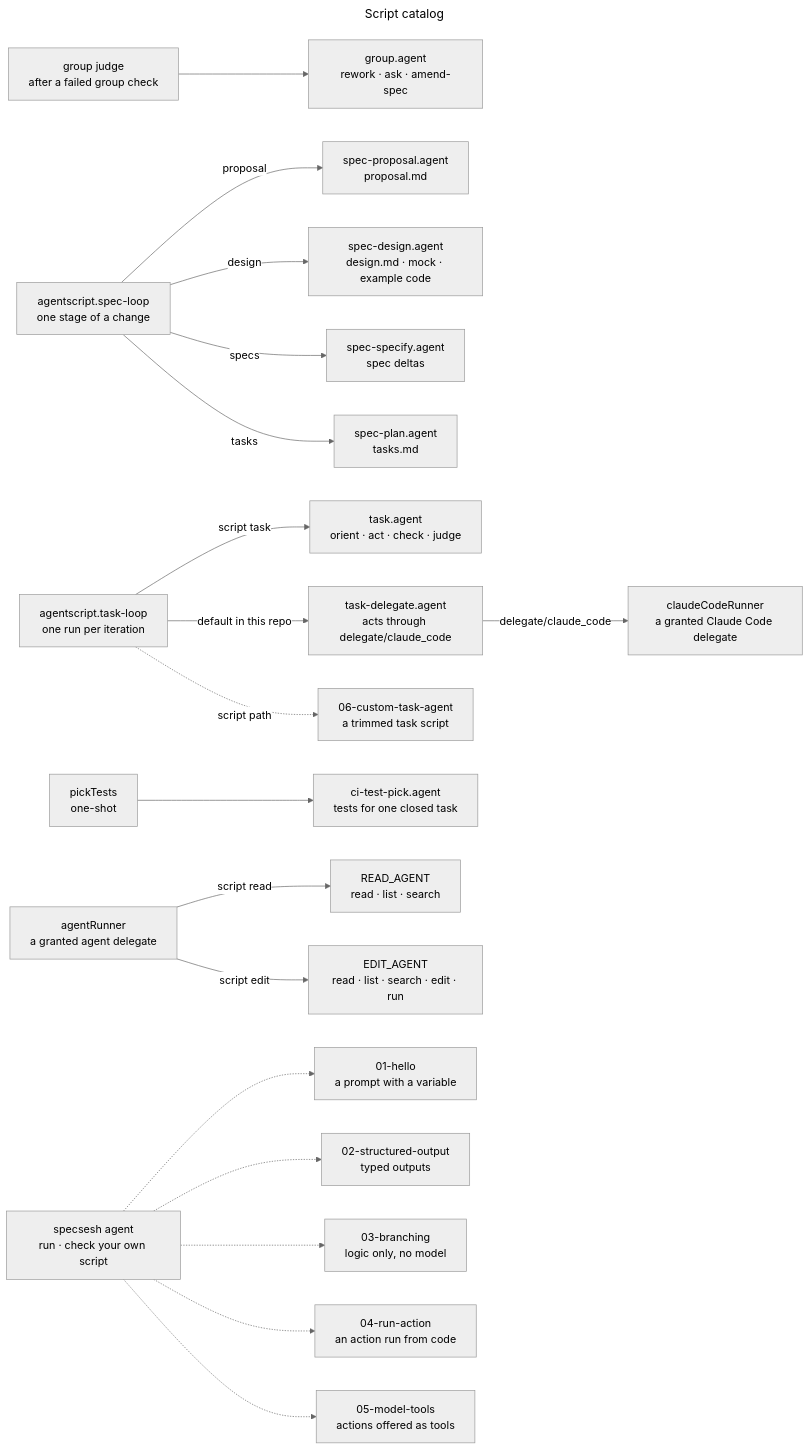
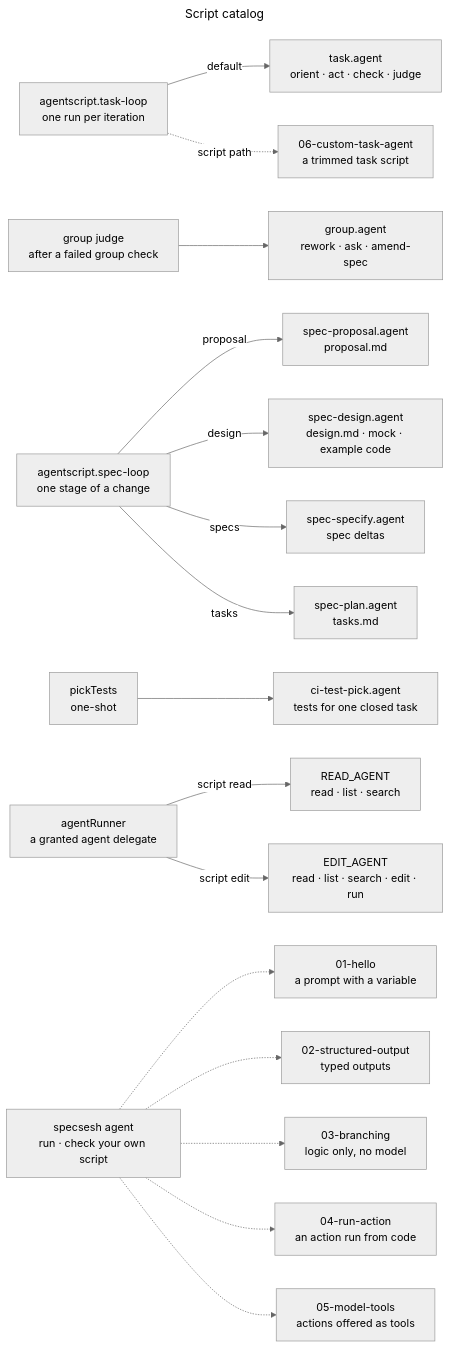
One commit to jtaylorcpp/specsesh-agent changed the diagram in blueprint/script-catalog.mmd. Above: the diagram before and after it, drawn with Mermaid (neutral theme). The commit also changed 56 other files, not shown here.

First line of the commit message:
remove-claude-code-delegate: Claude Code is model access only

```diff
--- a/blueprint/script-catalog.mmd
+++ b/blueprint/script-catalog.mmd
@@ -1,69 +1,63 @@
 ---
 title: Script catalog
 ---
 flowchart LR
   taskloop[agentscript.task-loop<br/>one run per iteration]
   grouploop[group judge<br/>after a failed group check]
   specloop[agentscript.spec-loop<br/>one stage of a change]
   pick[pickTests<br/>one-shot]
   agentrunner[agentRunner<br/>a granted agent delegate]
-  ccrunner[claudeCodeRunner<br/>a granted Claude Code delegate]
   agentcli[specsesh agent<br/>run · check your own script]
   task[task.agent<br/>orient · act · check · judge]
-  taskdelegate[task-delegate.agent<br/>acts through delegate/claude_code]
   group[group.agent<br/>rework · ask · amend-spec]
   proposal[spec-proposal.agent<br/>proposal.md]
   design[spec-design.agent<br/>design.md · mock · example code]
   specify[spec-specify.agent<br/>spec deltas]
   plan[spec-plan.agent<br/>tasks.md]
   cipick[ci-test-pick.agent<br/>tests for one closed task]
   read[READ_AGENT<br/>read · list · search]
   edit[EDIT_AGENT<br/>read · list · search · edit · run]
   ex01[01-hello<br/>a prompt with a variable]
   ex02[02-structured-output<br/>typed outputs]
   ex03[03-branching<br/>logic only, no model]
   ex04[04-run-action<br/>an action run from code]
   ex05[05-model-tools<br/>actions offered as tools]
   ex06[06-custom-task-agent<br/>a trimmed task script]
 
-  taskloop -->|script task| task
-  taskloop -->|default in this repo| taskdelegate
+  taskloop -->|default| task
   taskloop -.->|script path| ex06
-  taskdelegate -->|delegate/claude_code| ccrunner
   grouploop --> group
   specloop -->|proposal| proposal
   specloop -->|design| design
   specloop -->|specs| specify
   specloop -->|tasks| plan
   pick --> cipick
   agentrunner -->|script read| read
   agentrunner -->|script edit| edit
   agentcli -.-> ex01
   agentcli -.-> ex02
   agentcli -.-> ex03
   agentcli -.-> ex04
   agentcli -.-> ex05
 
   %% code: taskloop packages/agent/src/task/loop.ts:218
   %% code: grouploop packages/agent/src/task/group.ts:705
   %% code: specloop packages/agent/src/task/spec-loop.ts:416
   %% code: pick packages/agent/src/task/test-pick.ts:163
   %% code: agentrunner packages/agent/src/durable/agent-runner.ts:162
-  %% code: ccrunner packages/agent/src/node/claude-code-runner.ts:55
   %% code: agentcli packages/agent/src/bin/agentscript-pi.ts:74
   %% code: task packages/agent/src/task/scripts/task.agent:3
-  %% code: taskdelegate packages/agent/src/task/scripts/task-delegate.agent:3
   %% code: group packages/agent/src/task/scripts/group.agent:3
   %% code: proposal packages/agent/src/task/scripts/spec-proposal.agent:3
   %% code: design packages/agent/src/task/scripts/spec-design.agent:3
   %% code: specify packages/agent/src/task/scripts/spec-specify.agent:3
   %% code: plan packages/agent/src/task/scripts/spec-plan.agent:3
   %% code: cipick packages/agent/src/task/scripts/ci-test-pick.agent:3
   %% code: read packages/agent/src/durable/delegate-scripts.ts:112
   %% code: edit packages/agent/src/durable/delegate-scripts.ts:115
   %% code: ex01 examples/agents/01-hello.agent:1
   %% code: ex02 examples/agents/02-structured-output.agent:1
   %% code: ex03 examples/agents/03-branching.agent:1
   %% code: ex04 examples/agents/04-run-action.agent:1
   %% code: ex05 examples/agents/05-model-tools.agent:1
   %% code: ex06 examples/agents/06-custom-task-agent.agent:1
```
